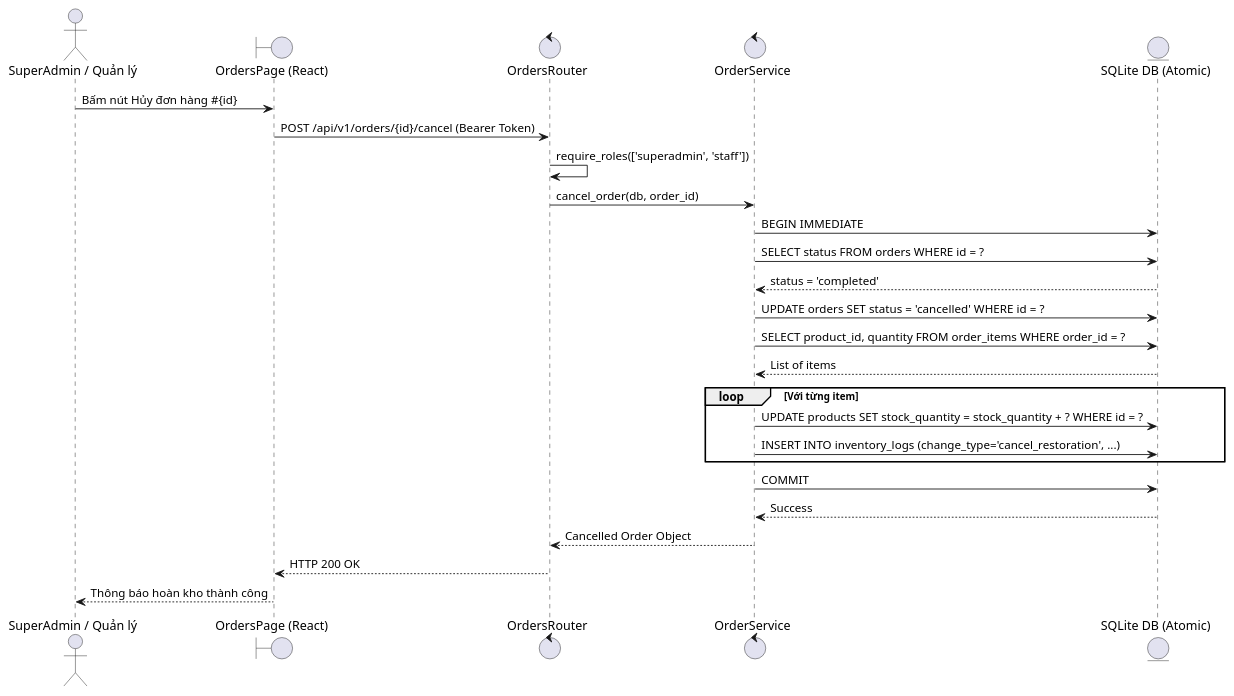
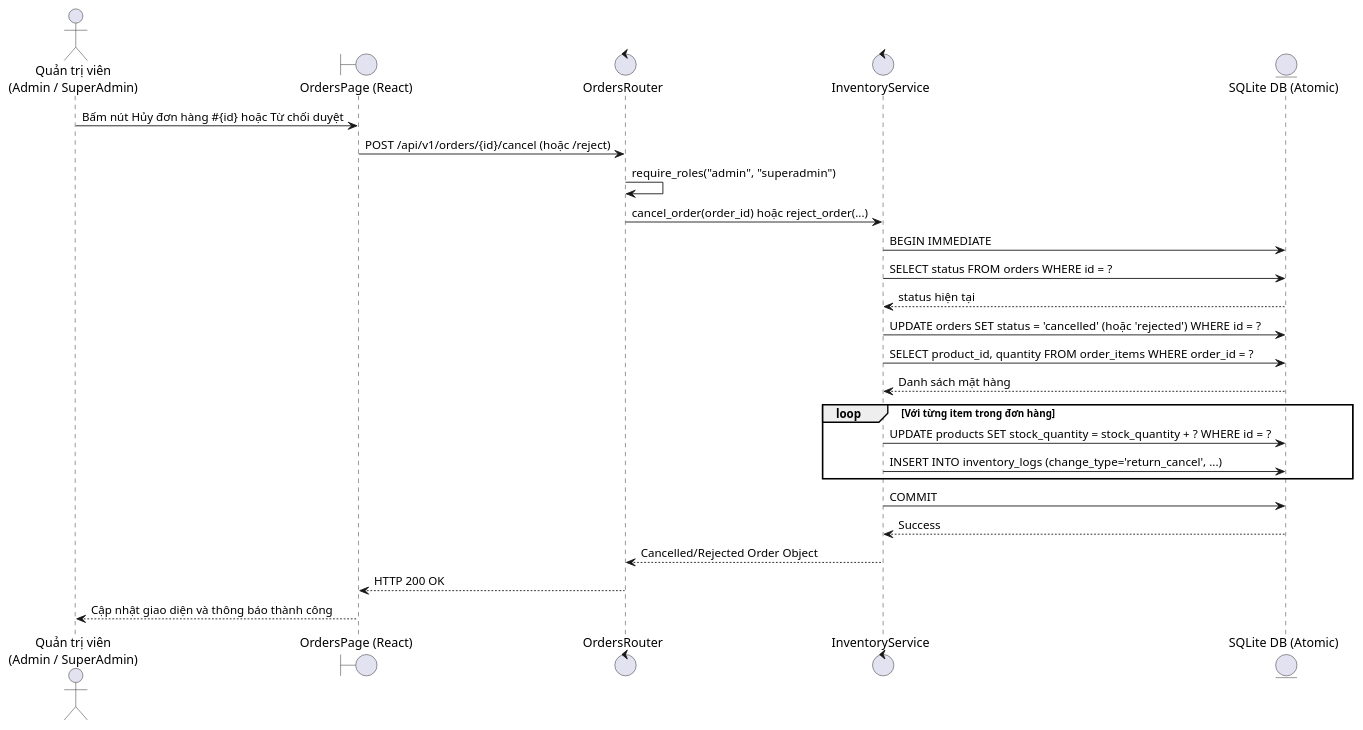
Before and after one commit to Leoth01O2/WebStoreAI: the diagram in docs/diagrams/UC010-cancel-order-sequence.puml, drawn with PlantUML. The commit also changed 41 other files, not shown here.

```diff
--- a/docs/diagrams/UC010-cancel-order-sequence.puml
+++ b/docs/diagrams/UC010-cancel-order-sequence.puml
@@ -1,33 +1,33 @@
 @startuml
 skinparam defaultFontName "Arial"
 skinparam shadowing false
 
-actor "SuperAdmin / Quản lý" as Admin
+actor "Quản trị viên\n(Admin / SuperAdmin)" as Admin
 boundary "OrdersPage (React)" as UI
 control "OrdersRouter" as Router
-control "OrderService" as Service
+control "InventoryService" as Service
 entity "SQLite DB (Atomic)" as DB
 
-Admin -> UI: Bấm nút Hủy đơn hàng #{id}
-UI -> Router: POST /api/v1/orders/{id}/cancel (Bearer Token)
-Router -> Router: require_roles(['superadmin', 'staff'])
-Router -> Service: cancel_order(db, order_id)
+Admin -> UI: Bấm nút Hủy đơn hàng #{id} hoặc Từ chối duyệt
+UI -> Router: POST /api/v1/orders/{id}/cancel (hoặc /reject)
+Router -> Router: require_roles("admin", "superadmin")
+Router -> Service: cancel_order(order_id) hoặc reject_order(...)
 Service -> DB: BEGIN IMMEDIATE
 Service -> DB: SELECT status FROM orders WHERE id = ?
-DB --> Service: status = 'completed'
+DB --> Service: status hiện tại
 
-Service -> DB: UPDATE orders SET status = 'cancelled' WHERE id = ?
+Service -> DB: UPDATE orders SET status = 'cancelled' (hoặc 'rejected') WHERE id = ?
 Service -> DB: SELECT product_id, quantity FROM order_items WHERE order_id = ?
-DB --> Service: List of items
+DB --> Service: Danh sách mặt hàng
 
-loop Với từng item
+loop Với từng item trong đơn hàng
     Service -> DB: UPDATE products SET stock_quantity = stock_quantity + ? WHERE id = ?
-    Service -> DB: INSERT INTO inventory_logs (change_type='cancel_restoration', ...)
+    Service -> DB: INSERT INTO inventory_logs (change_type='return_cancel', ...)
 end
 
 Service -> DB: COMMIT
 DB --> Service: Success
-Service --> Router: Cancelled Order Object
+Service --> Router: Cancelled/Rejected Order Object
 Router --> UI: HTTP 200 OK
-UI --> Admin: Thông báo hoàn kho thành công
+UI --> Admin: Cập nhật giao diện và thông báo thành công
 @enduml
```
